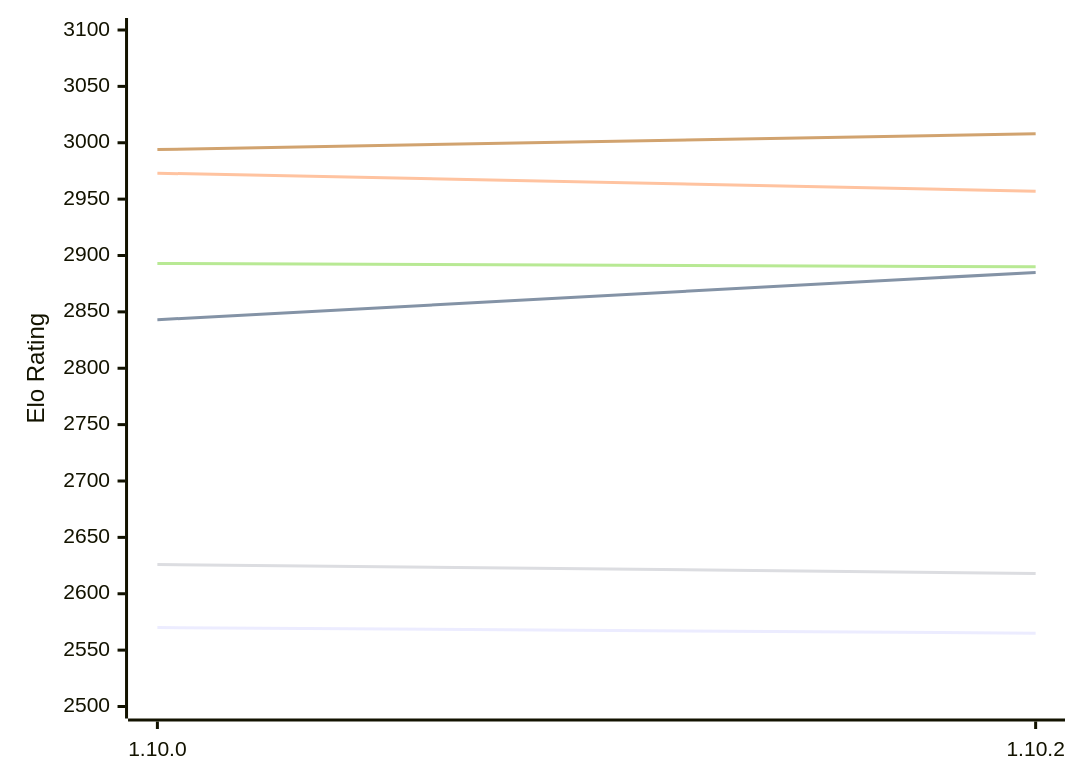
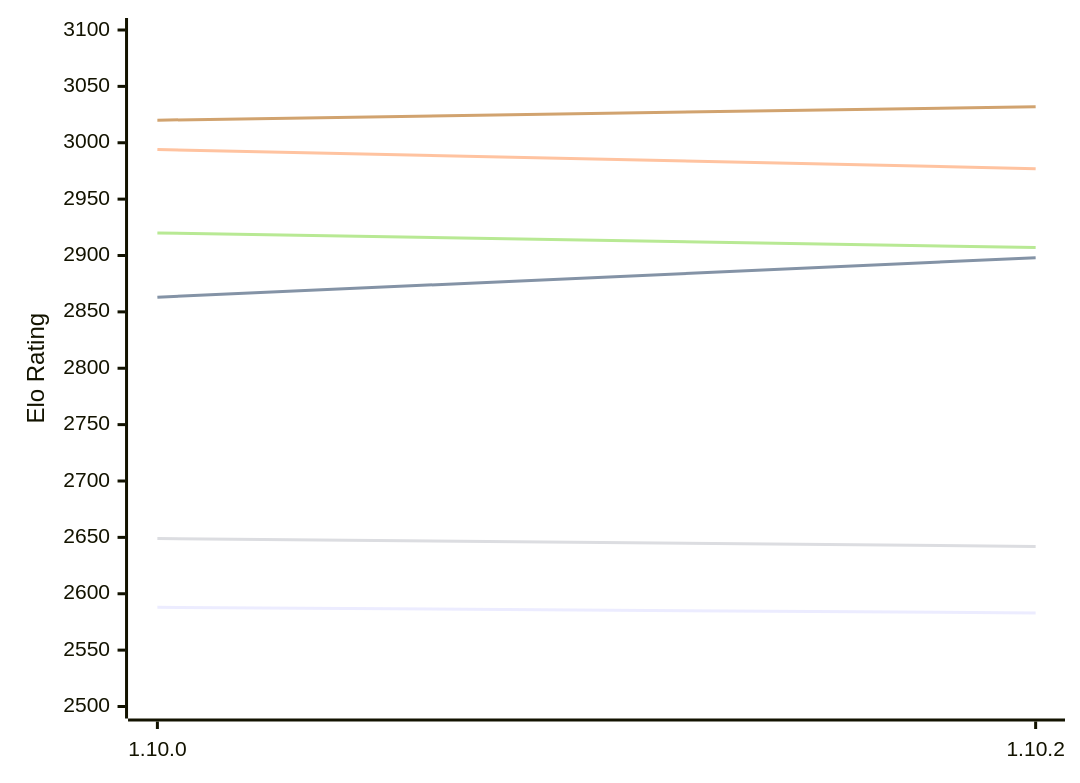
One commit to computer-chess-index/cci changed the first of 2 diagrams in engines/Basilisk.md. Above: the diagram before and after it, drawn with Mermaid. The commit also changed other lines of this file, not shown here.

Commit message:
Update CCI Ratings (ELO VLTC) - 2026-10-20

````diff
--- a/engines/Basilisk.md
+++ b/engines/Basilisk.md
@@ -61,12 +61,12 @@
 ```mermaid
 %%{init: {"theme":"base","themeVariables":{"seriesColors:['#a3a3a3','#222221','#faa371']}}}%%
 xychart-beta
   x-axis ["1.10.0", "1.10.2"]
   y-axis "Elo Rating" 2500 --> 3100
-  line "E1: STC (8.0+0.08s)" [2570, 2565]
-  line "E1: LTC (60.0+0.60s)" [2843, 2885]
-  line "E1: VLTC (2m24s+1.12s)" [2973, 2957]
-  line "P1: STC (8.0+0.08s)" [2626, 2618]
-  line "P1: LTC (60.0+0.60s)" [2893, 2890]
-  line "P1: VLTC (2m24s+1.12s)" [2994, 3008]
+  line "E1: STC (8.0+0.08s)" [2588, 2583]
+  line "E1: LTC (60.0+0.60s)" [2863, 2898]
+  line "E1: VLTC (2m24s+1.12s)" [2994, 2977]
+  line "P1: STC (8.0+0.08s)" [2649, 2642]
+  line "P1: LTC (60.0+0.60s)" [2920, 2907]
+  line "P1: VLTC (2m24s+1.12s)" [3020, 3032]
 ```
````
